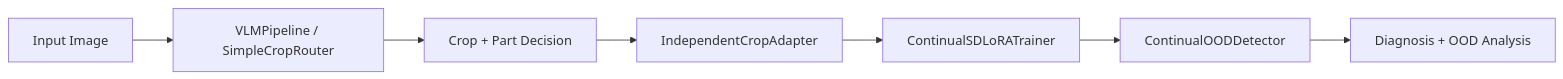
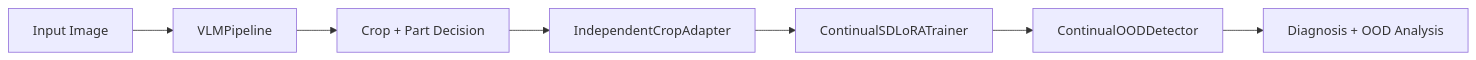
Before and after one commit to EfeErim/bitirmeprojesi: the first of 3 diagrams in docs/architecture/overview.md, drawn with Mermaid. The commit also changed other lines of this file and 3 other files, not shown here.

Commit message:
Align active specs/docs with archived SimpleCropRouter

````diff
--- a/docs/architecture/overview.md
+++ b/docs/architecture/overview.md
@@ -5,9 +5,9 @@
 ```mermaid
 flowchart LR
-    INPUT[Input Image] --> ROUTER[VLMPipeline / SimpleCropRouter]
+    INPUT[Input Image] --> ROUTER[VLMPipeline]
     ROUTER --> CROP[Crop + Part Decision]
     CROP --> ADAPTER[IndependentCropAdapter]
     ADAPTER --> TRAINER[ContinualSDLoRATrainer]
     TRAINER --> OOD[ContinualOODDetector]
     OOD --> RESULT[Diagnosis + OOD Analysis]
 ```
````
